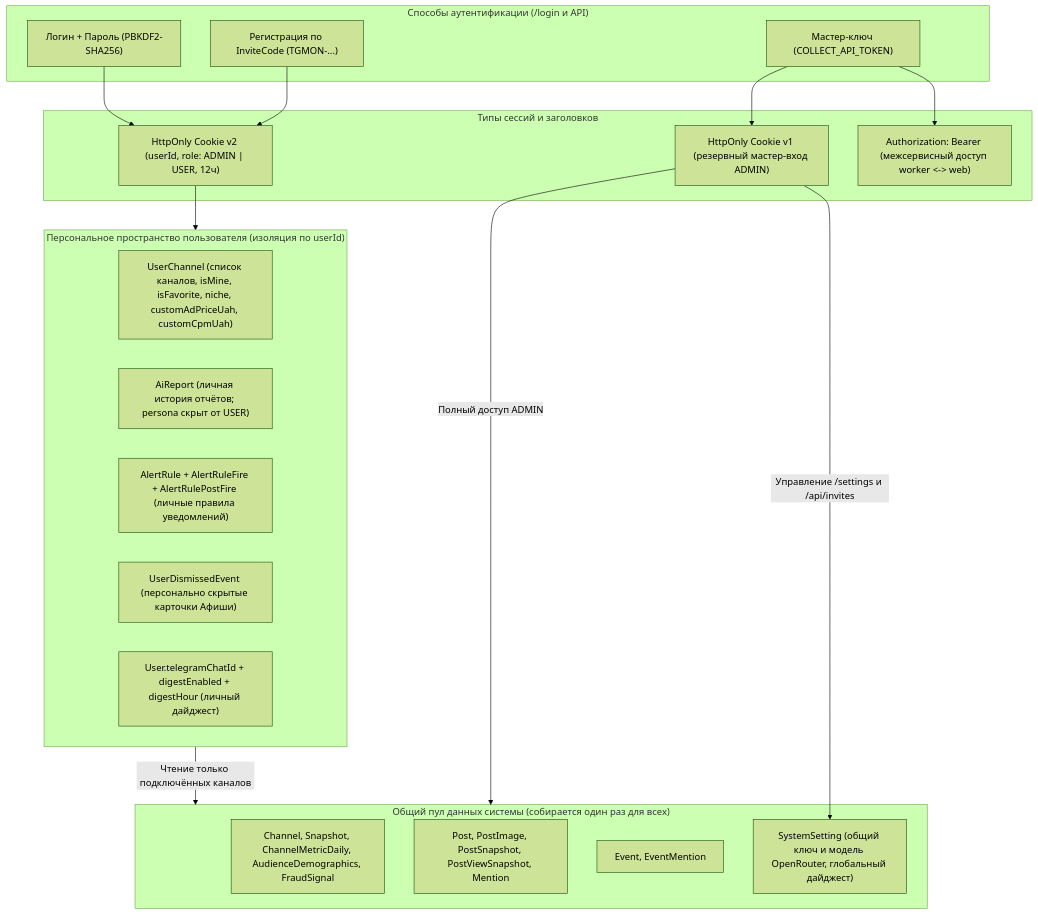
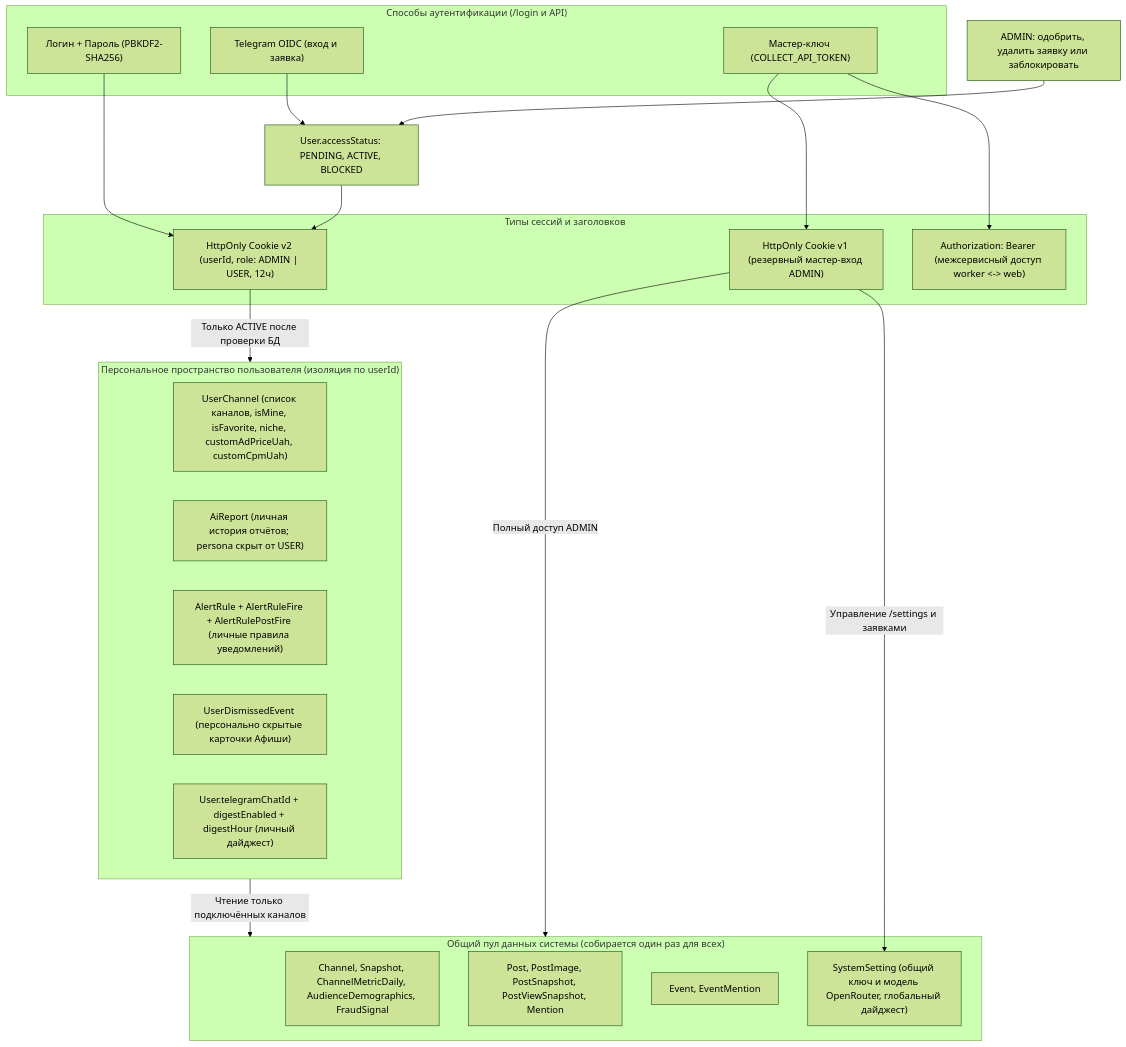
The fourth of 8 diagrams in docs/architecture.md (liquidsyntes/tg_mons), drawn with Mermaid (forest theme) before and after one commit. The commit also changed other lines of this file and 37 other files, not shown here.

Commit message:
feat(auth): add Telegram registration approval flow

````diff
--- a/docs/architecture.md
+++ b/docs/architecture.md
@@ -180,39 +180,44 @@
 ```mermaid
 flowchart TB
     subgraph AuthModes["Способы аутентификации (/login и API)"]
         LoginPass["Логин + Пароль (PBKDF2-SHA256)"]
-        InviteReg["Регистрация по InviteCode (TGMON-...)"]
+        TelegramOIDC["Telegram OIDC (вход и заявка)"]
         MasterKey["Мастер-ключ (COLLECT_API_TOKEN)"]
     end
 
     subgraph SessionTypes["Типы сессий и заголовков"]
         CookieV2["HttpOnly Cookie v2 (userId, role: ADMIN | USER, 12ч)"]
         CookieV1["HttpOnly Cookie v1 (резервный мастер-вход ADMIN)"]
         Bearer["Authorization: Bearer (межсервисный доступ worker <-> web)"]
     end
+
+    Review["User.accessStatus: PENDING, ACTIVE, BLOCKED"]
+    AdminDecision["ADMIN: одобрить, удалить заявку или заблокировать"]
 
     subgraph PersonalWorkspace["Персональное пространство пользователя (изоляция по userId)"]
         UC["UserChannel (список каналов, isMine, isFavorite, niche, customAdPriceUah, customCpmUah)"]
         AIR["AiReport (личная история отчётов; persona скрыт от USER)"]
         AR["AlertRule + AlertRuleFire + AlertRulePostFire (личные правила уведомлений)"]
         UDE["UserDismissedEvent (персонально скрытые карточки Афиши)"]
         UDigest["User.telegramChatId + digestEnabled + digestHour (личный дайджест)"]
     end
 
     subgraph SharedPool["Общий пул данных системы (собирается один раз для всех)"]
         Ch["Channel, Snapshot, ChannelMetricDaily, AudienceDemographics, FraudSignal"]
         Posts["Post, PostImage, PostSnapshot, PostViewSnapshot, Mention"]
         Ev["Event, EventMention"]
         Sys["SystemSetting (общий ключ и модель OpenRouter, глобальный дайджест)"]
     end
 
     LoginPass --> CookieV2
-    InviteReg --> CookieV2
+    TelegramOIDC --> Review
+    AdminDecision --> Review
+    Review --> CookieV2
     MasterKey --> CookieV1
     MasterKey --> Bearer
 
-    CookieV2 --> PersonalWorkspace
+    CookieV2 -->|Только ACTIVE после проверки БД| PersonalWorkspace
     PersonalWorkspace -->|Чтение только подключённых каналов| SharedPool
     CookieV1 -->|Полный доступ ADMIN| SharedPool
-    CookieV1 -->|Управление /settings и /api/invites| Sys
+    CookieV1 -->|Управление /settings и заявками| Sys
 ```
````
